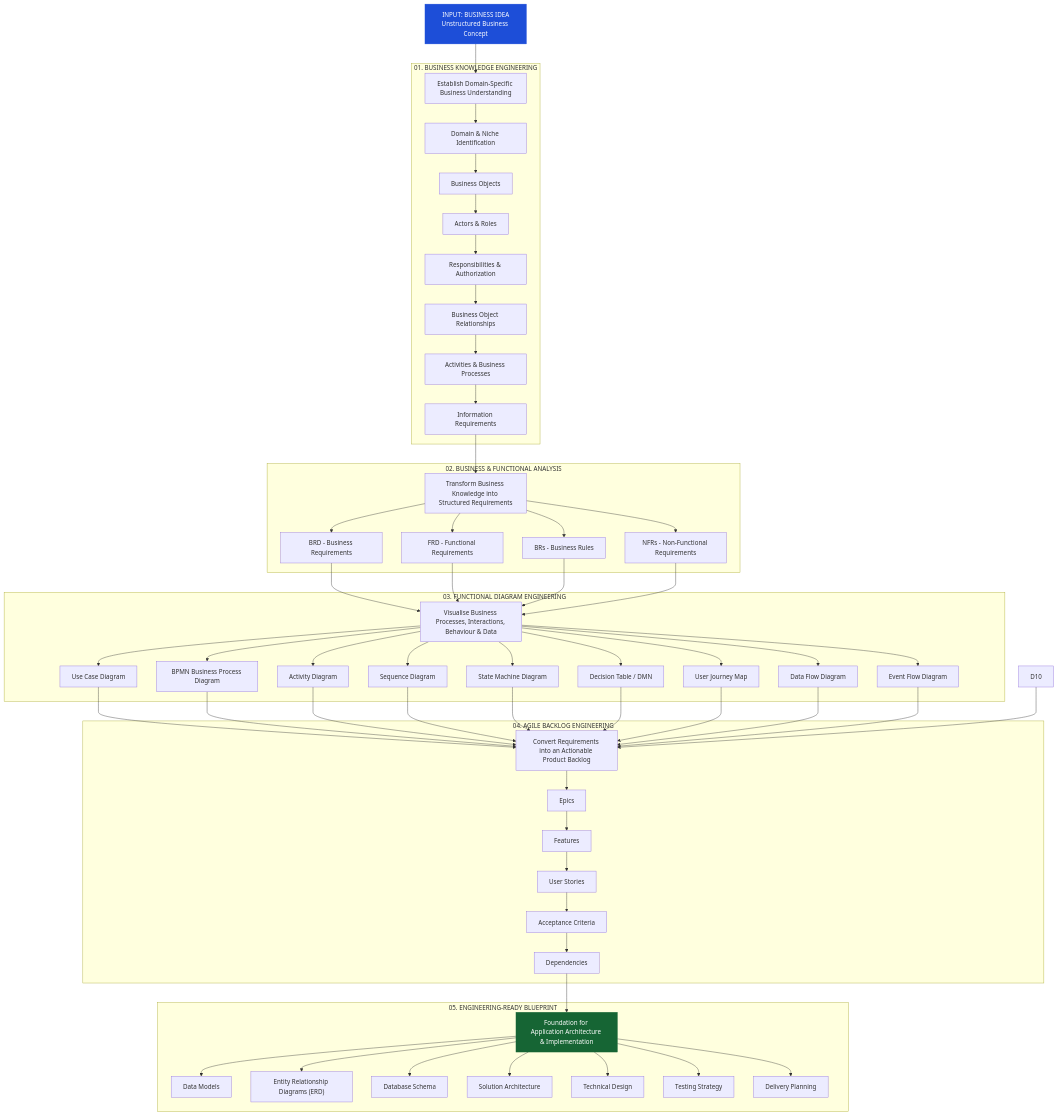
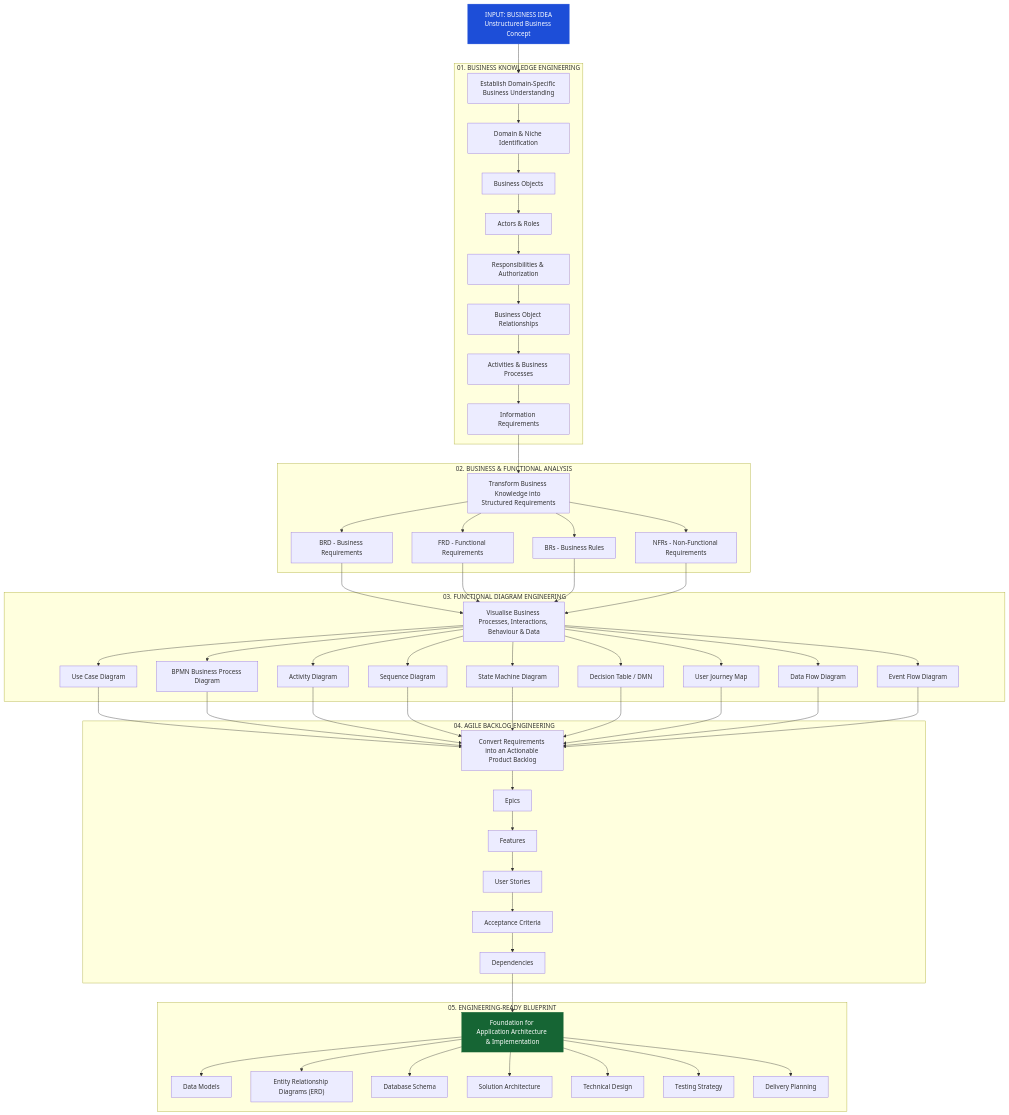
Before and after one commit to matt212/Domain-Agnostic-Application-Engineering-Platform: the diagram in readme.MD, drawn with Mermaid.

````diff
--- a/readme.MD
+++ b/readme.MD
@@ -108,81 +108,80 @@
 ```mermaid
 flowchart TD
     A["INPUT: BUSINESS IDEA<br/>Unstructured Business Concept"]
 
     A --> B
 
     subgraph S1["01. BUSINESS KNOWLEDGE ENGINEERING"]
         B["Establish Domain-Specific Business Understanding"]
         B --> B1["Domain & Niche Identification"]
         B1 --> B2["Business Objects"]
         B2 --> B3["Actors & Roles"]
         B3 --> B4["Responsibilities & Authorization"]
         B4 --> B5["Business Object Relationships"]
         B5 --> B6["Activities & Business Processes"]
         B6 --> B7["Information Requirements"]
     end
 
     B7 --> C
 
     subgraph S2["02. BUSINESS & FUNCTIONAL ANALYSIS"]
         C["Transform Business Knowledge into Structured Requirements"]
         C --> C1["BRD - Business Requirements"]
         C --> C2["FRD - Functional Requirements"]
         C --> C3["BRs - Business Rules"]
         C --> C4["NFRs - Non-Functional Requirements"]
     end
 
     C1 --> D
     C2 --> D
     C3 --> D
     C4 --> D
 
     subgraph S3["03. FUNCTIONAL DIAGRAM ENGINEERING"]
         D["Visualise Business Processes, Interactions, Behaviour & Data"]
         D --> D1["Use Case Diagram"]
         D --> D2["BPMN Business Process Diagram"]
         D --> D3["Activity Diagram"]
         D --> D4["Sequence Diagram"]
         D --> D5["State Machine Diagram"]
         D --> D6["Decision Table / DMN"]
         D --> D7["User Journey Map"]
         D --> D8["Data Flow Diagram"]
         D --> D9["Event Flow Diagram"]
     end
 
     D1 --> E
     D2 --> E
     D3 --> E
     D4 --> E
     D5 --> E
     D6 --> E
     D7 --> E
     D8 --> E
     D9 --> E
-    D10 --> E
 
     subgraph S4["04. AGILE BACKLOG ENGINEERING"]
         E["Convert Requirements into an Actionable Product Backlog"]
         E --> E1["Epics"]
         E1 --> E2["Features"]
         E2 --> E3["User Stories"]
         E3 --> E4["Acceptance Criteria"]
         E4 --> E5["Dependencies"]
     end
 
     E5 --> F
 
     subgraph S5["05. ENGINEERING-READY BLUEPRINT"]
         F["Foundation for Application Architecture & Implementation"]
         F --> F1["Data Models"]
         F --> F2["Entity Relationship Diagrams (ERD)"]
         F --> F3["Database Schema"]
         F --> F4["Solution Architecture"]
         F --> F5["Technical Design"]
         F --> F6["Testing Strategy"]
         F --> F7["Delivery Planning"]
     end
 
     style A fill:#1d4ed8,color:#fff,stroke:#1d4ed8
     style F fill:#166534,color:#fff,stroke:#166534
 ```
````
